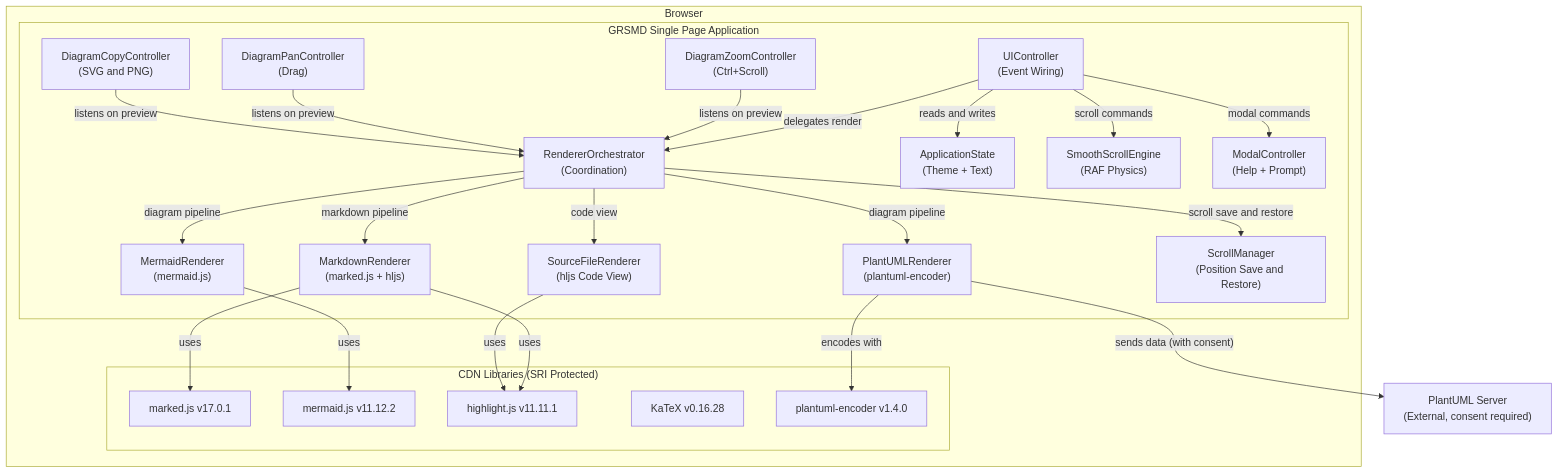
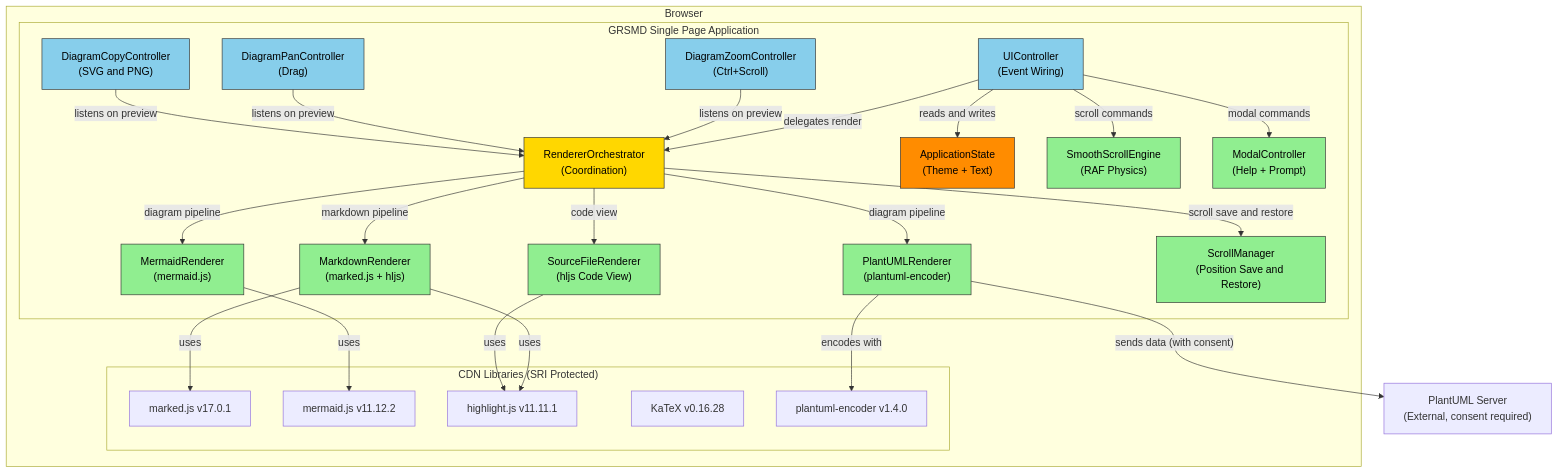
Before and after one commit to GoodRelax/gr-simple-md-renderer: the first of 10 diagrams in spec/grsmd_gen2_spec_ja.md, drawn with Mermaid. The commit also changed other lines of this file and 13 other files, not shown here.

````diff
--- a/spec/grsmd_gen2_spec_ja.md
+++ b/spec/grsmd_gen2_spec_ja.md
@@ -288,47 +291,52 @@
 ```mermaid
 graph TB
     subgraph Browser
         subgraph GRSMD_SPA["GRSMD Single Page Application"]
-            UI["UIController<br/>(Event Wiring)"]
-            ORCH["RendererOrchestrator<br/>(Coordination)"]
-            STATE["ApplicationState<br/>(Theme + Text)"]
-            MD["MarkdownRenderer<br/>(marked.js + hljs)"]
-            MERM["MermaidRenderer<br/>(mermaid.js)"]
-            PUML["PlantUMLRenderer<br/>(plantuml-encoder)"]
-            SRC["SourceFileRenderer<br/>(hljs Code View)"]
-            SCROLL["SmoothScrollEngine<br/>(RAF Physics)"]
-            SMGR["ScrollManager<br/>(Position Save and Restore)"]
-            MODAL["ModalController<br/>(Help + Prompt)"]
-            ZOOM["DiagramZoomController<br/>(Ctrl+Scroll)"]
-            PAN["DiagramPanController<br/>(Drag)"]
-            COPY["DiagramCopyController<br/>(SVG and PNG)"]
+            UI["UIController<br/>(Event Wiring)"]:::framework
+            ORCH["RendererOrchestrator<br/>(Coordination)"]:::usecase
+            STATE["ApplicationState<br/>(Theme + Text)"]:::entity
+            MD["MarkdownRenderer<br/>(marked.js + hljs)"]:::adapter
+            MERM["MermaidRenderer<br/>(mermaid.js)"]:::adapter
+            PUML["PlantUMLRenderer<br/>(plantuml-encoder)"]:::adapter
+            SRC["SourceFileRenderer<br/>(hljs Code View)"]:::adapter
+            SCROLL["SmoothScrollEngine<br/>(RAF Physics)"]:::adapter
+            SMGR["ScrollManager<br/>(Position Save and Restore)"]:::adapter
+            MODAL["ModalController<br/>(Help + Prompt)"]:::adapter
+            ZOOM["DiagramZoomController<br/>(Ctrl+Scroll)"]:::framework
+            PAN["DiagramPanController<br/>(Drag)"]:::framework
+            COPY["DiagramCopyController<br/>(SVG and PNG)"]:::framework
         end
         subgraph CDN_Libs["CDN Libraries (SRI Protected)"]
             MARKED["marked.js v17.0.1"]
             MERMAIDJS["mermaid.js v11.12.2"]
             HLJS["highlight.js v11.11.1"]
             KATEX["KaTeX v0.16.28"]
             PUMLENC["plantuml-encoder v1.4.0"]
         end
     end
     PUML_SERVER["PlantUML Server<br/>(External, consent required)"]
 
     UI -->|"delegates render"| ORCH
     UI -->|"reads and writes"| STATE
     UI -->|"scroll commands"| SCROLL
     UI -->|"modal commands"| MODAL
     ORCH -->|"markdown pipeline"| MD
     ORCH -->|"diagram pipeline"| MERM
     ORCH -->|"diagram pipeline"| PUML
     ORCH -->|"code view"| SRC
     ORCH -->|"scroll save and restore"| SMGR
     MD -->|"uses"| MARKED
     MD -->|"uses"| HLJS
     MERM -->|"uses"| MERMAIDJS
     SRC -->|"uses"| HLJS
     PUML -->|"encodes with"| PUMLENC
     PUML -->|"sends data (with consent)"| PUML_SERVER
     ZOOM -->|"listens on preview"| ORCH
     PAN -->|"listens on preview"| ORCH
     COPY -->|"listens on preview"| ORCH
+
+    classDef entity fill:#FF8C00,stroke:#333,color:#000
+    classDef usecase fill:#FFD700,stroke:#333,color:#000
+    classDef adapter fill:#90EE90,stroke:#333,color:#000
+    classDef framework fill:#87CEEB,stroke:#333,color:#000
 ```
````
